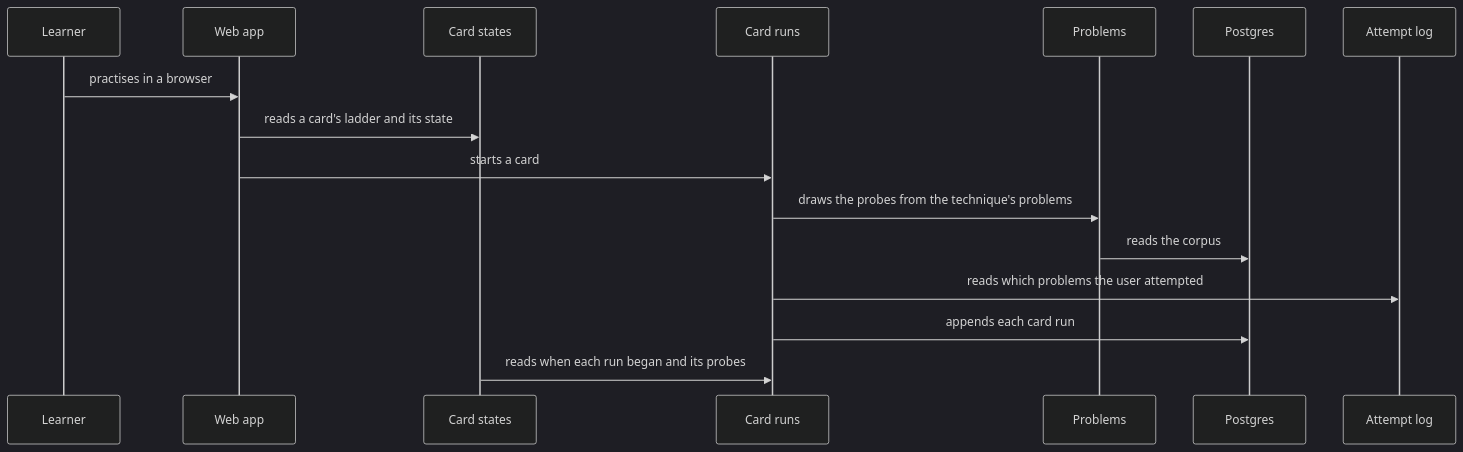
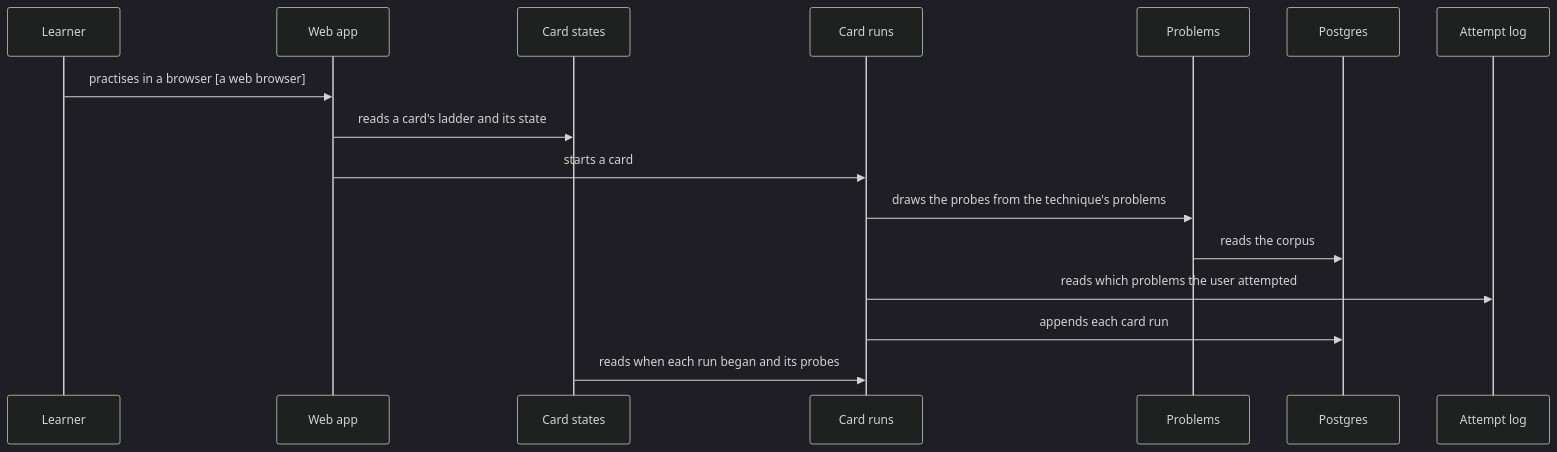
The diagram in docs/architecture/flows/starting-a-card-run.md (climbance/climbance), drawn with Mermaid (dark theme) before and after one commit. The commit also changed 6 other files, not shown here.

````diff
--- a/docs/architecture/flows/starting-a-card-run.md
+++ b/docs/architecture/flows/starting-a-card-run.md
@@ -9,18 +9,18 @@
 ```mermaid
 sequenceDiagram
     participant learner as Learner
     participant web_app as Web app
     participant card_states as Card states
     participant card_runs as Card runs
     participant problems as Problems
     participant database as Postgres
     participant attempt_log as Attempt log
-    learner->>web_app: practises in a browser
+    learner->>web_app: practises in a browser [a web browser]
     web_app->>card_states: reads a card's ladder and its state
     web_app->>card_runs: starts a card
     card_runs->>problems: draws the probes from the technique's problems
     problems->>database: reads the corpus
     card_runs->>attempt_log: reads which problems the user attempted
     card_runs->>database: appends each card run
     card_states->>card_runs: reads when each run began and its probes
 ```
````
